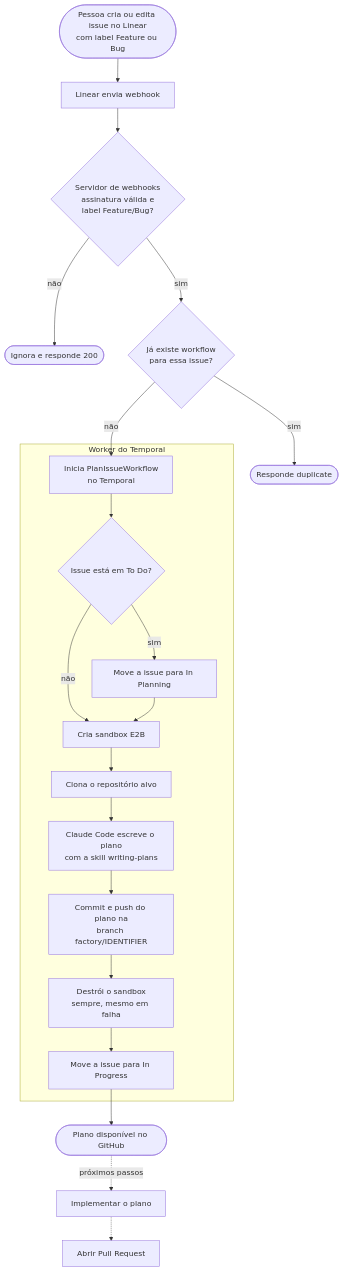
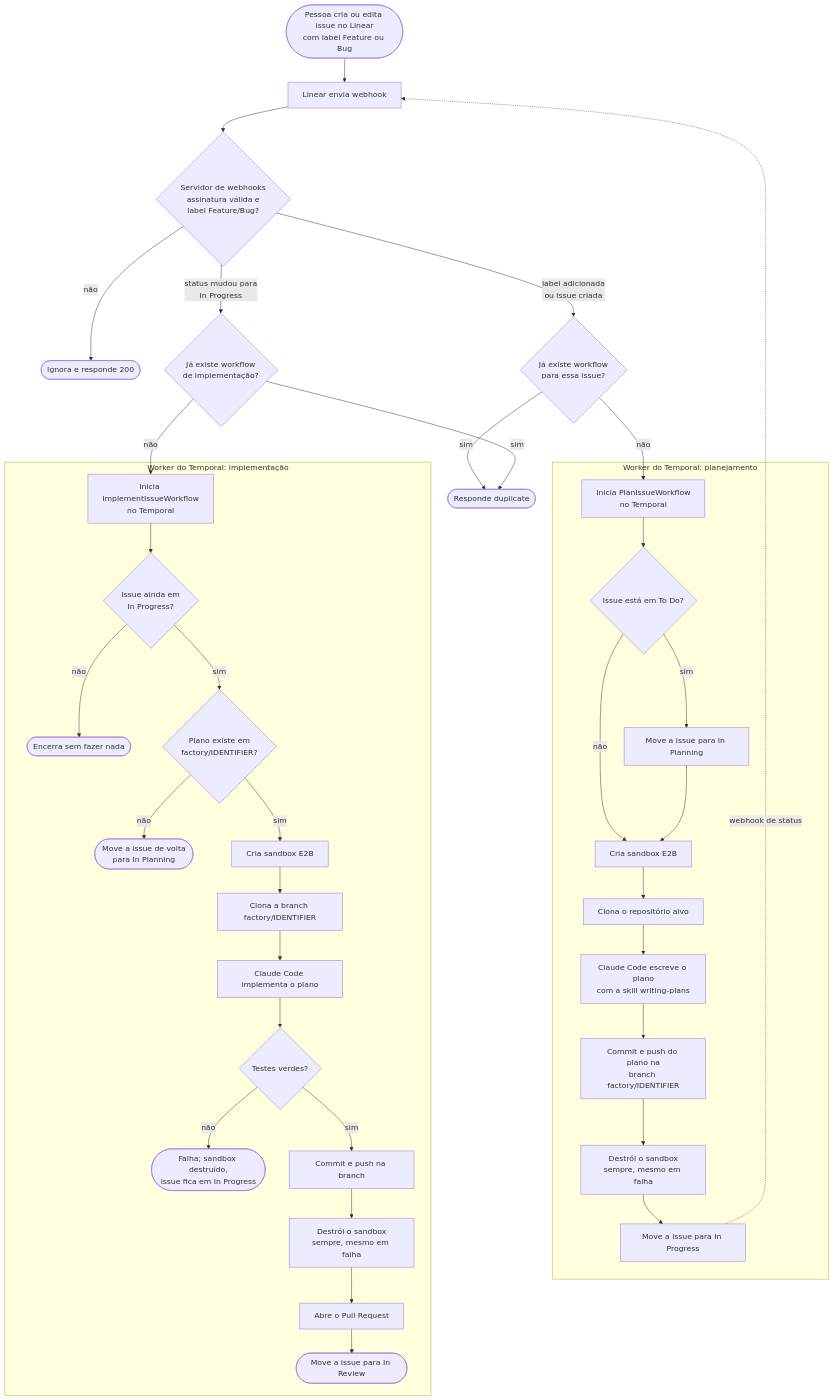
One commit to joaovitorzanardo/software-factory changed the diagram in README.md. Above: the diagram before and after it, drawn with Mermaid. The commit also changed other lines of this file and 6 other files, not shown here.

Commit message:
feat: webhook inicia ImplementIssueWorkflow quando a issue entra em In Progress

````diff
--- a/README.md
+++ b/README.md
@@ -24,25 +25,42 @@
 ```mermaid
 flowchart TD
     A([Pessoa cria ou edita issue no Linear<br/>com label Feature ou Bug]) --> B[Linear envia webhook]
     B --> C{Servidor de webhooks<br/>assinatura válida e<br/>label Feature/Bug?}
     C -- não --> C1([Ignora e responde 200])
-    C -- sim --> D{Já existe workflow<br/>para essa issue?}
+    C -- "label adicionada<br/>ou issue criada" --> D{Já existe workflow<br/>para essa issue?}
+    C -- "status mudou para<br/>In Progress" --> P{Já existe workflow<br/>de implementação?}
     D -- sim --> D1([Responde duplicate])
     D -- não --> E[Inicia PlanIssueWorkflow<br/>no Temporal]
+    P -- sim --> D1
+    P -- não --> Q[Inicia ImplementIssueWorkflow<br/>no Temporal]
 
-    subgraph W[Worker do Temporal]
+    subgraph W[Worker do Temporal: planejamento]
         E --> F{Issue está em To Do?}
         F -- sim --> F1[Move a issue para In Planning]
         F -- não --> G
         F1 --> G[Cria sandbox E2B]
         G --> H[Clona o repositório alvo]
         H --> I[Claude Code escreve o plano<br/>com a skill writing-plans]
         I --> J[Commit e push do plano na<br/>branch factory/IDENTIFIER]
         J --> K[Destrói o sandbox<br/>sempre, mesmo em falha]
         K --> L[Move a issue para In Progress]
     end
 
-    L --> M([Plano disponível no GitHub])
-    M -. próximos passos .-> N[Implementar o plano]
-    N -.-> O[Abrir Pull Request]
+    L -. webhook de status .-> B
+
+    subgraph X[Worker do Temporal: implementação]
+        Q --> R{Issue ainda em<br/>In Progress?}
+        R -- não --> R1([Encerra sem fazer nada])
+        R -- sim --> S{Plano existe em<br/>factory/IDENTIFIER?}
+        S -- não --> S1([Move a issue de volta<br/>para In Planning])
+        S -- sim --> T[Cria sandbox E2B]
+        T --> U[Clona a branch factory/IDENTIFIER]
+        U --> V[Claude Code implementa o plano]
+        V --> Y{Testes verdes?}
+        Y -- não --> Y1([Falha; sandbox destruído,<br/>issue fica em In Progress])
+        Y -- sim --> Z[Commit e push na branch]
+        Z --> Z1[Destrói o sandbox<br/>sempre, mesmo em falha]
+        Z1 --> Z2[Abre o Pull Request]
+        Z2 --> Z3([Move a issue para In Review])
+    end
 ```
````
